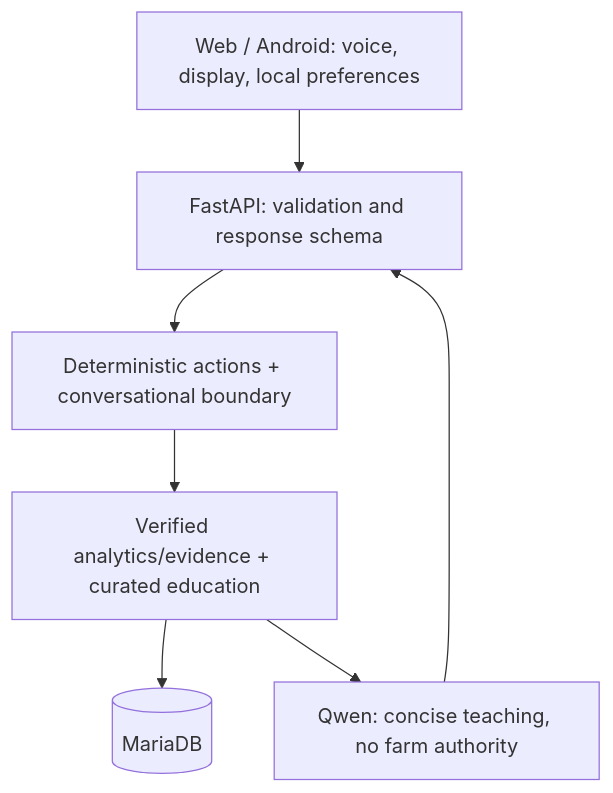
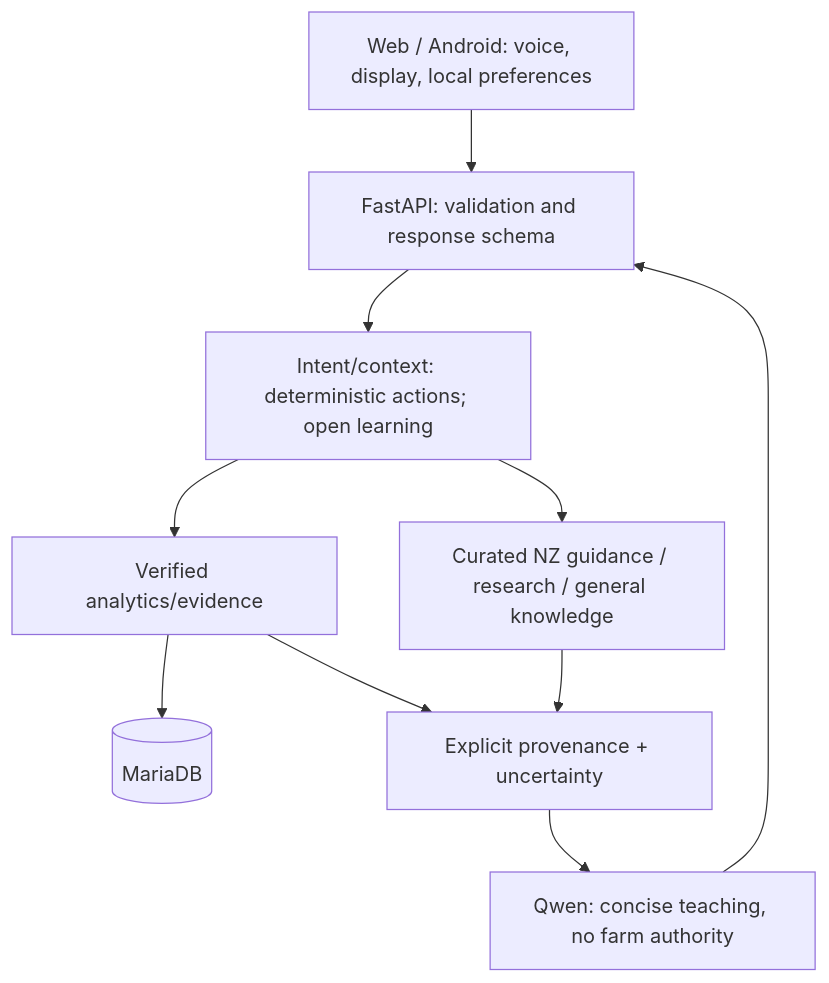
One commit to w0rmy/farmpi changed the diagram in docs/diagrams/layered-boundaries.mmd. Above: the diagram before and after it, drawn with Mermaid. The commit also changed 22 other files, not shown here.

```diff
--- a/docs/diagrams/layered-boundaries.mmd
+++ b/docs/diagrams/layered-boundaries.mmd
@@ -1,9 +1,13 @@
 flowchart TB
   UI[Web / Android: voice, display, local preferences]
   API[FastAPI: validation and response schema]
-  ROUTE[Deterministic actions + conversational boundary]
-  DATA[Verified analytics/evidence + curated education]
+  ROUTE[Intent/context: deterministic actions; open learning]
+  DATA[Verified analytics/evidence]
+  SOURCES[Curated NZ guidance / research / general knowledge]
+  PROV[Explicit provenance + uncertainty]
   DB[(MariaDB)]
-  LLM[Qwen: wording only]
+  LLM[Qwen: concise teaching, no farm authority]
   UI --> API --> ROUTE --> DATA --> DB
-  DATA --> LLM[Qwen: concise teaching, no farm authority] --> API
+  ROUTE --> SOURCES
+  DATA --> PROV --> LLM --> API
+  SOURCES --> PROV
```
